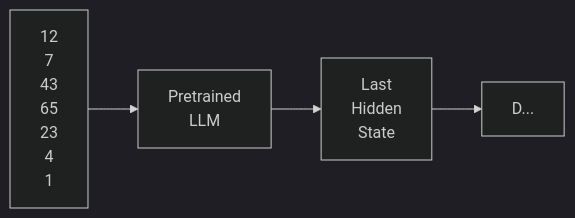
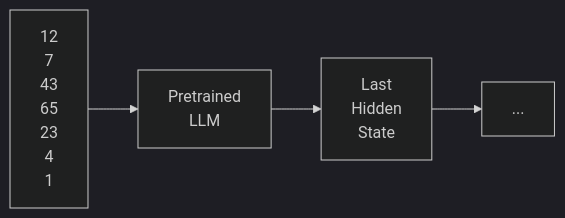
One commit to ludwig-ai/ludwig-docs changed the eighth of 10 diagrams in docs/configuration/features/text_features.md. Above: the diagram before and after it, drawn with Mermaid (dark theme). The commit also changed other lines of this file, not shown here.

Commit message:
add llm encoder reference

````diff
--- a/docs/configuration/features/text_features.md
+++ b/docs/configuration/features/text_features.md
@@ -293,6 +293,6 @@
 ``` mermaid
 graph LR
   A["12\n7\n43\n65\n23\n4\n1"] --> B["Pretrained\n LLM"];
   B --> C["Last\n Hidden\n State"];
-  C --> D...;
+  C --> ...;
 ```
````
